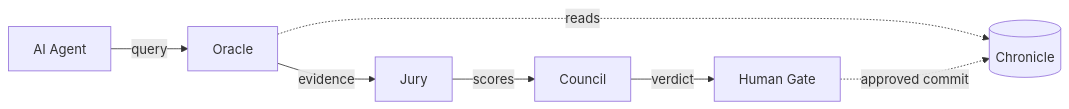
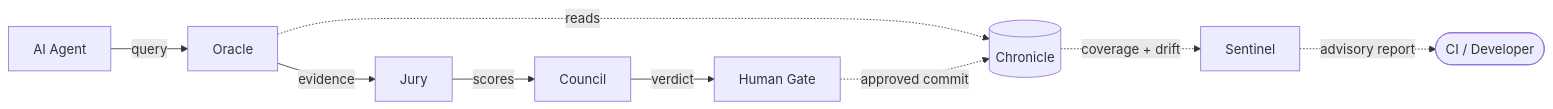
The first of 3 diagrams in README.md (balpal4495/Quorum), drawn with Mermaid before and after one commit. The commit also changed other lines of this file and 7 other files, not shown here.

First line of the commit message:
feat: add Sentinel — Chronicle coverage and drift detection

````diff
--- a/README.md
+++ b/README.md
@@ -31,9 +33,11 @@
 ```mermaid
 flowchart LR
     Agent[AI Agent] -->|query| Oracle
     Oracle -->|evidence| Jury
     Jury -->|scores| Council
     Council -->|verdict| Gate[Human Gate]
     Oracle -. reads .-> Chronicle[(Chronicle)]
     Gate -. approved commit .-> Chronicle
+    Chronicle -. coverage + drift .-> Sentinel
+    Sentinel -. advisory report .-> CI([CI / Developer])
 ```
````
